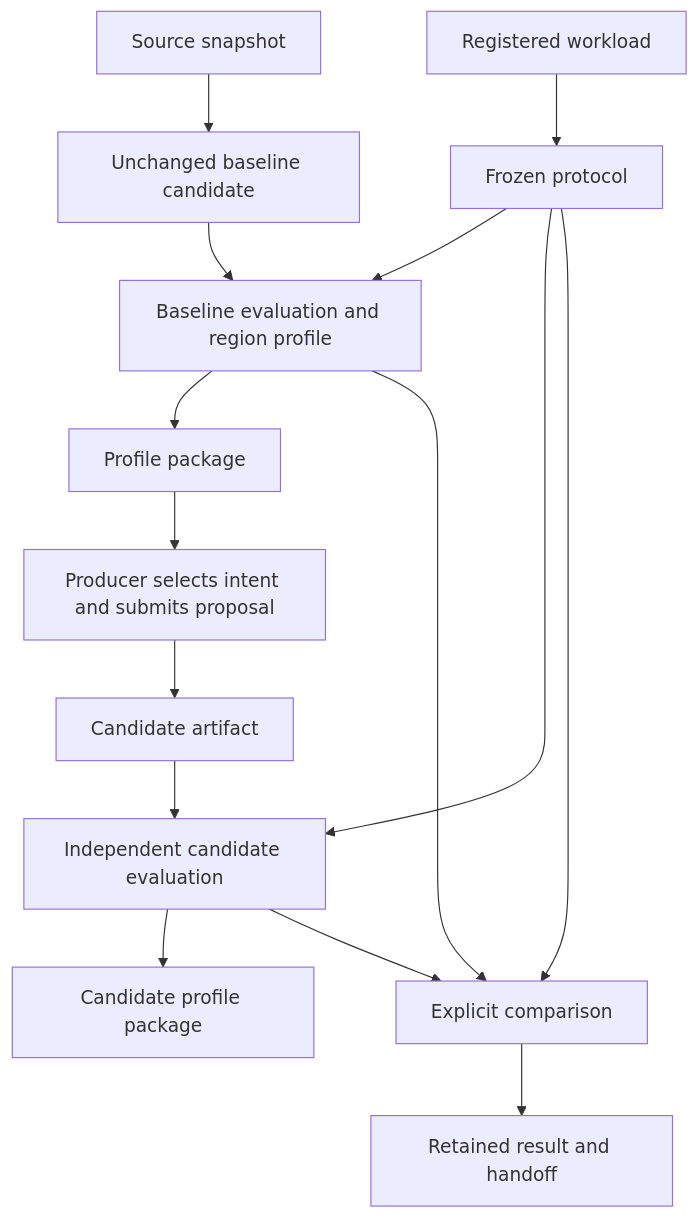
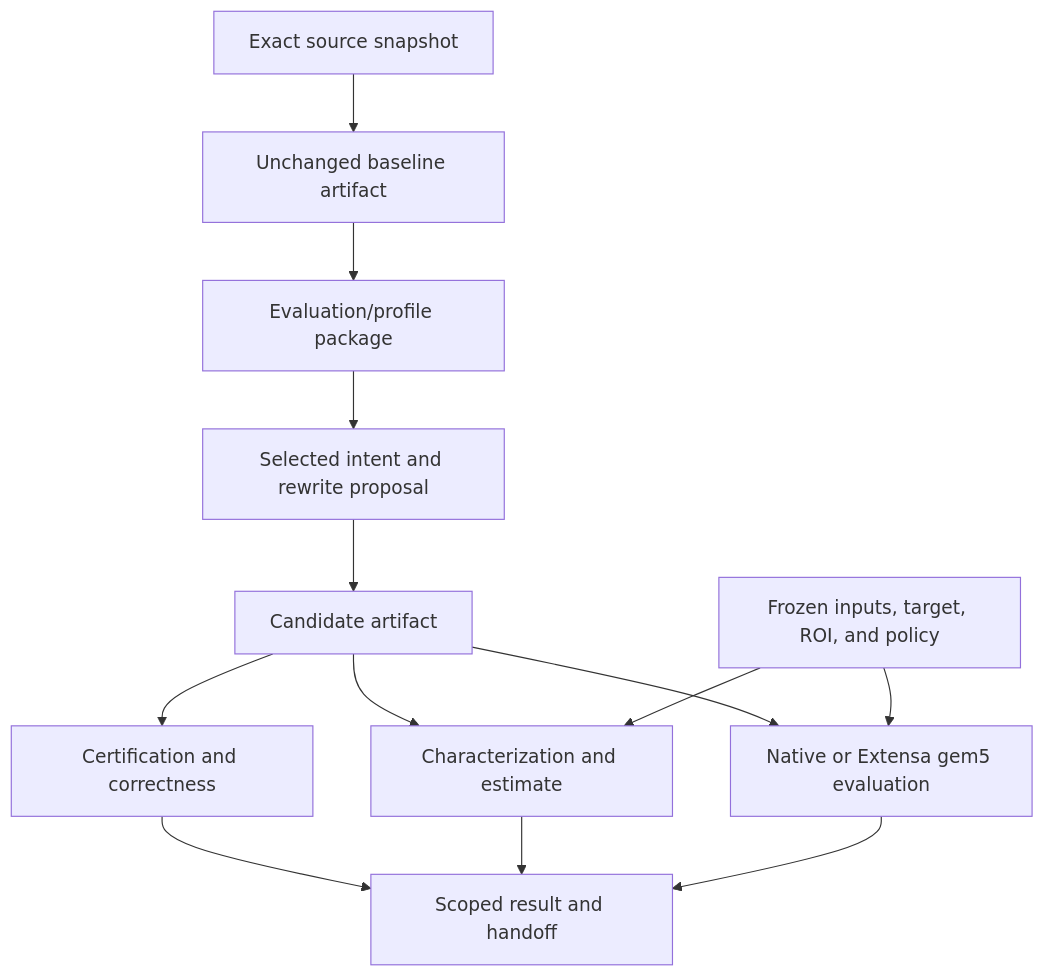
The diagram in swdb-project/docs/tutorial/04-bfs-workflow.md (petecao/ArchEvolve), drawn with Mermaid before and after one commit. The commit also changed other lines of this file and 17 other files, not shown here.

````diff
--- a/swdb-project/docs/tutorial/04-bfs-workflow.md
+++ b/swdb-project/docs/tutorial/04-bfs-workflow.md
@@ -26,17 +36,15 @@
 ```mermaid
 flowchart TD
-    S[Source snapshot] --> B[Unchanged baseline candidate]
-    B --> E0[Baseline evaluation and region profile]
-    E0 --> P[Profile package]
-    P --> R[Producer selects intent and submits proposal]
+    S[Exact source snapshot] --> B[Unchanged baseline artifact]
+    B --> P[Evaluation/profile package]
+    P --> R[Selected intent and rewrite proposal]
     R --> C[Candidate artifact]
-    C --> E1[Independent candidate evaluation]
-    E1 --> PC[Candidate profile package]
-    E0 --> CMP[Explicit comparison]
-    E1 --> CMP
-    W[Registered workload] --> F[Frozen protocol]
-    F --> E0
-    F --> E1
-    F --> CMP
-    CMP --> H[Retained result and handoff]
+    C --> K[Certification and correctness]
+    C --> A[Characterization and estimate]
+    C --> T[Native or Extensa gem5 evaluation]
+    F[Frozen inputs, target, ROI, and policy] --> A
+    F --> T
+    K --> H[Scoped result and handoff]
+    A --> H
+    T --> H
 ```
````
